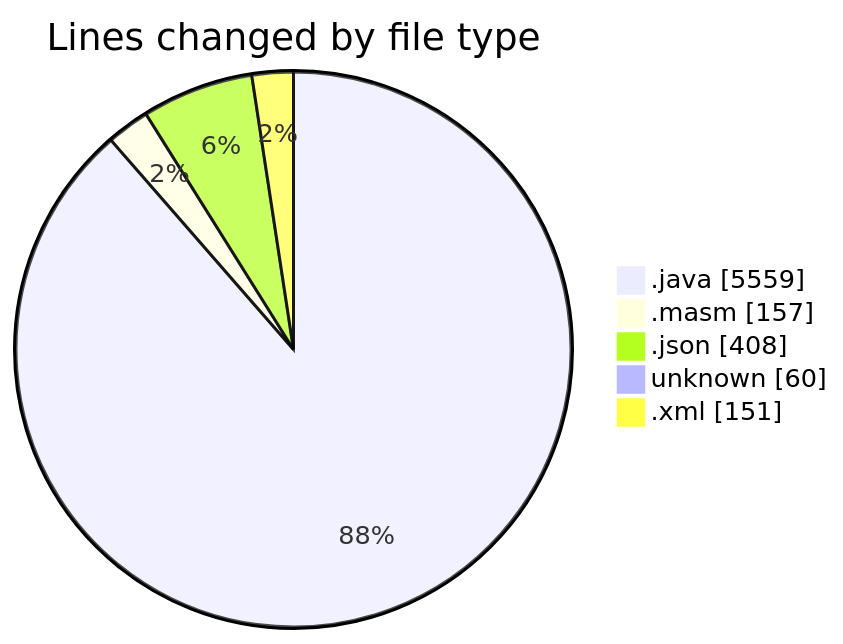
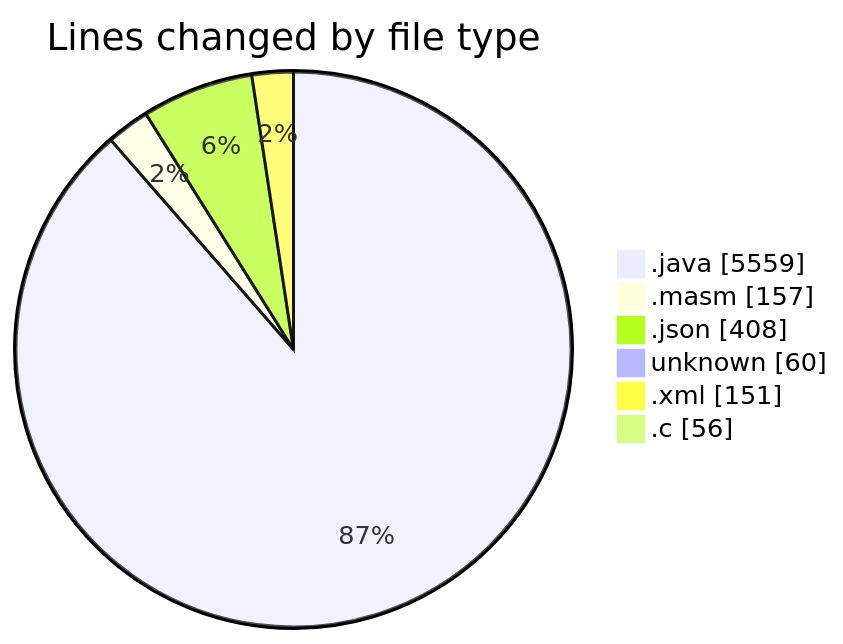
Before and after one commit to charlie-sans/code-tracking: the first of 2 diagrams in 2025-02-19/masm/README.md, drawn with Mermaid. The commit also changed other lines of this file and 1 other file, not shown here.

````diff
--- a/2025-02-19/masm/README.md
+++ b/2025-02-19/masm/README.md
@@ -42,9 +43,10 @@
 ```mermaid
 pie showData
 title Lines changed by file type
 ".java" : 5559
 ".masm" : 157
 ".json" : 408
 "unknown" : 60
 ".xml" : 151
+".c" : 56
 ```
````
